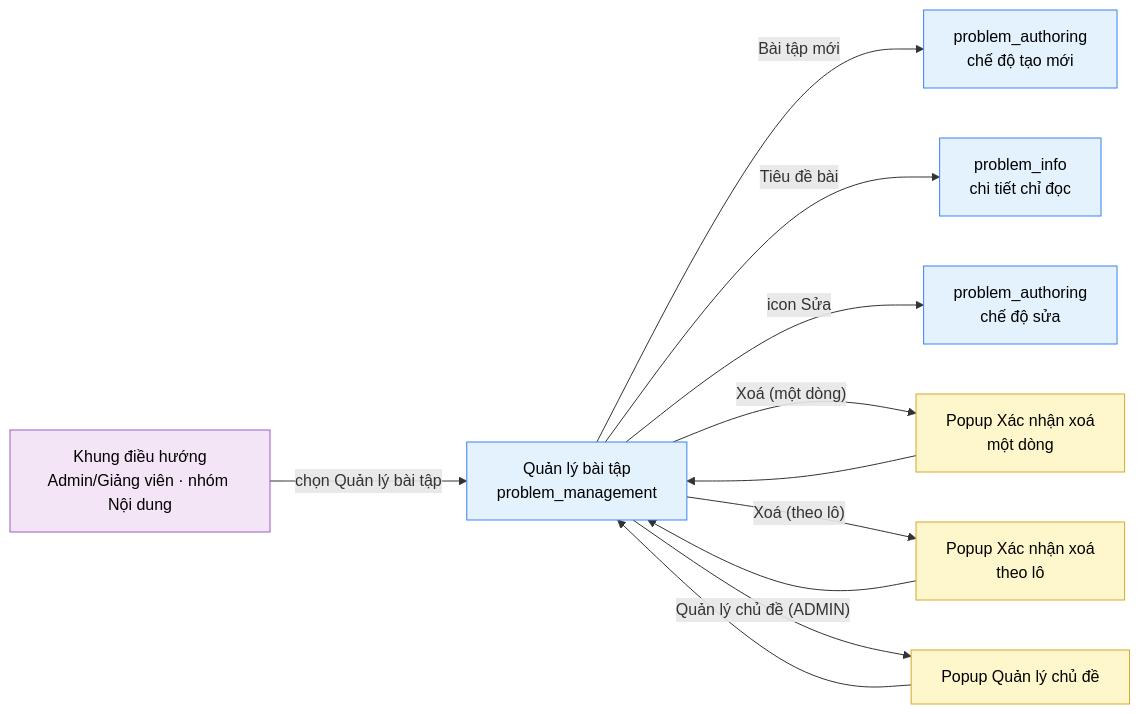
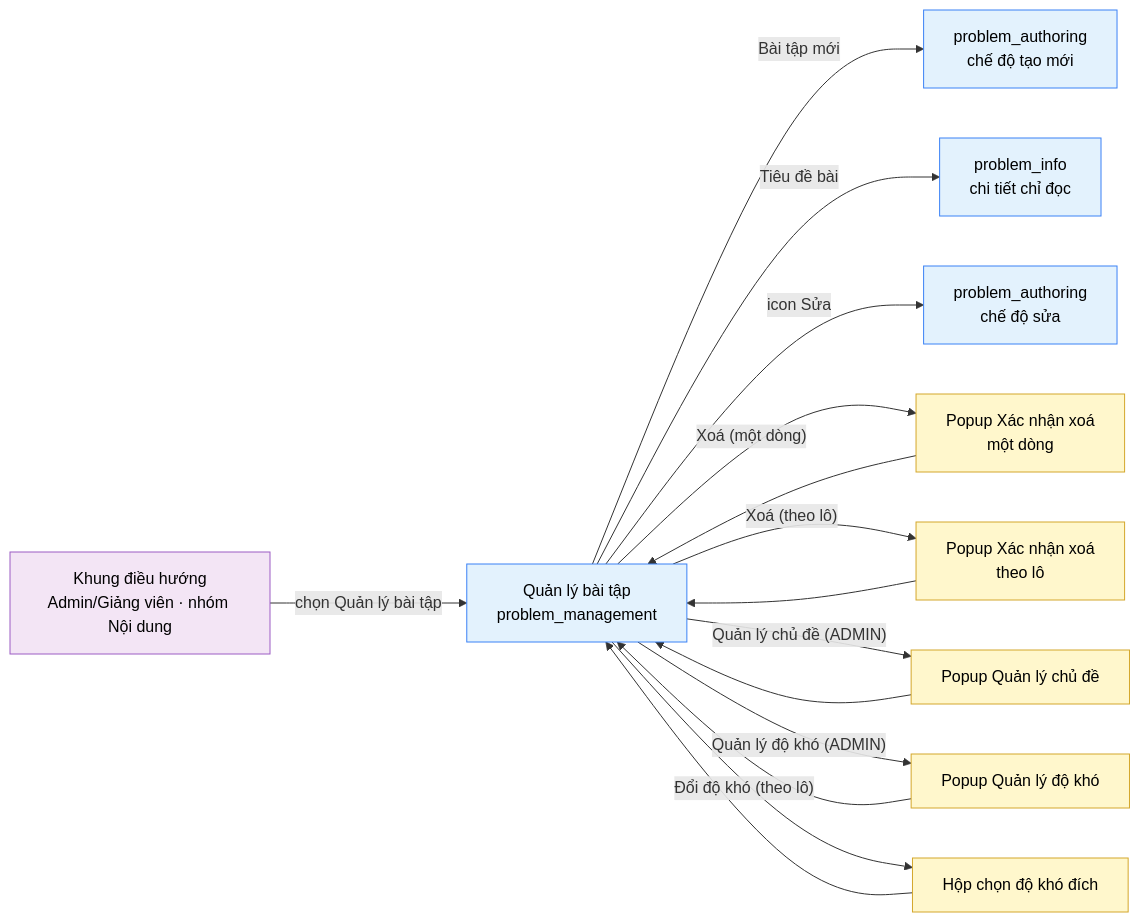
The diagram in 02-bd/screens/shared/SHR0201_problem_management.md (daiphu1801/PRJ_ALGOPREP), drawn with Mermaid before and after one commit. The commit also changed other lines of this file and 158 other files, not shown here.

First line of the commit message:
feat: dynamic difficulty levels, problem spec editor, filter/bulk actions and docs sync

````diff
--- a/02-bd/screens/shared/SHR0201_problem_management.md
+++ b/02-bd/screens/shared/SHR0201_problem_management.md
@@ -196,22 +234,26 @@
 ```mermaid
 flowchart LR
     nav["Khung điều hướng<br/>Admin/Giảng viên · nhóm Nội dung"] -->|"chọn Quản lý bài tập"| main["Quản lý bài tập<br/>problem_management"]
     main -->|"Bài tập mới"| create["problem_authoring<br/>chế độ tạo mới"]
     main -->|"Tiêu đề bài"| info["problem_info<br/>chi tiết chỉ đọc"]
     main -->|"icon Sửa"| edit["problem_authoring<br/>chế độ sửa"]
     main -->|"Xoá (một dòng)"| delOne["Popup Xác nhận xoá<br/>một dòng"]
     main -->|"Xoá (theo lô)"| delBulk["Popup Xác nhận xoá<br/>theo lô"]
     main -->|"Quản lý chủ đề (ADMIN)"| topics["Popup Quản lý chủ đề"]
+    main -->|"Quản lý độ khó (ADMIN)"| levels["Popup Quản lý độ khó"]
+    main -->|"Đổi độ khó (theo lô)"| bulkLevel["Hộp chọn độ khó đích"]
     delOne --> main
     delBulk --> main
     topics --> main
+    levels --> main
+    bulkLevel --> main
 
     classDef source fill:#F3E5F5,stroke:#9C5CC4,color:#000
     classDef screen fill:#E3F2FD,stroke:#3B82F6,color:#000
     classDef popup fill:#FFF7CC,stroke:#D4A72C,color:#000
 
     class nav source
     class main screen
     class create,edit,info screen
-    class delOne,delBulk,topics popup
+    class delOne,delBulk,topics,levels,bulkLevel popup
 ```
````
